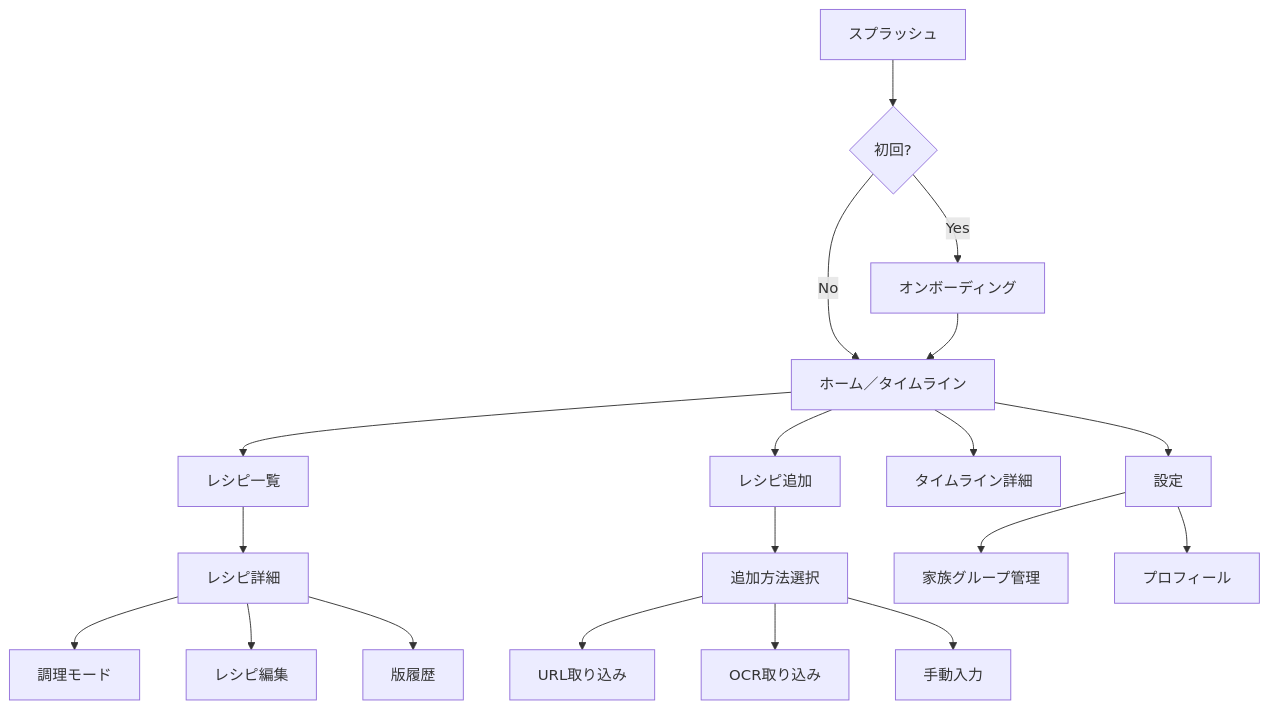
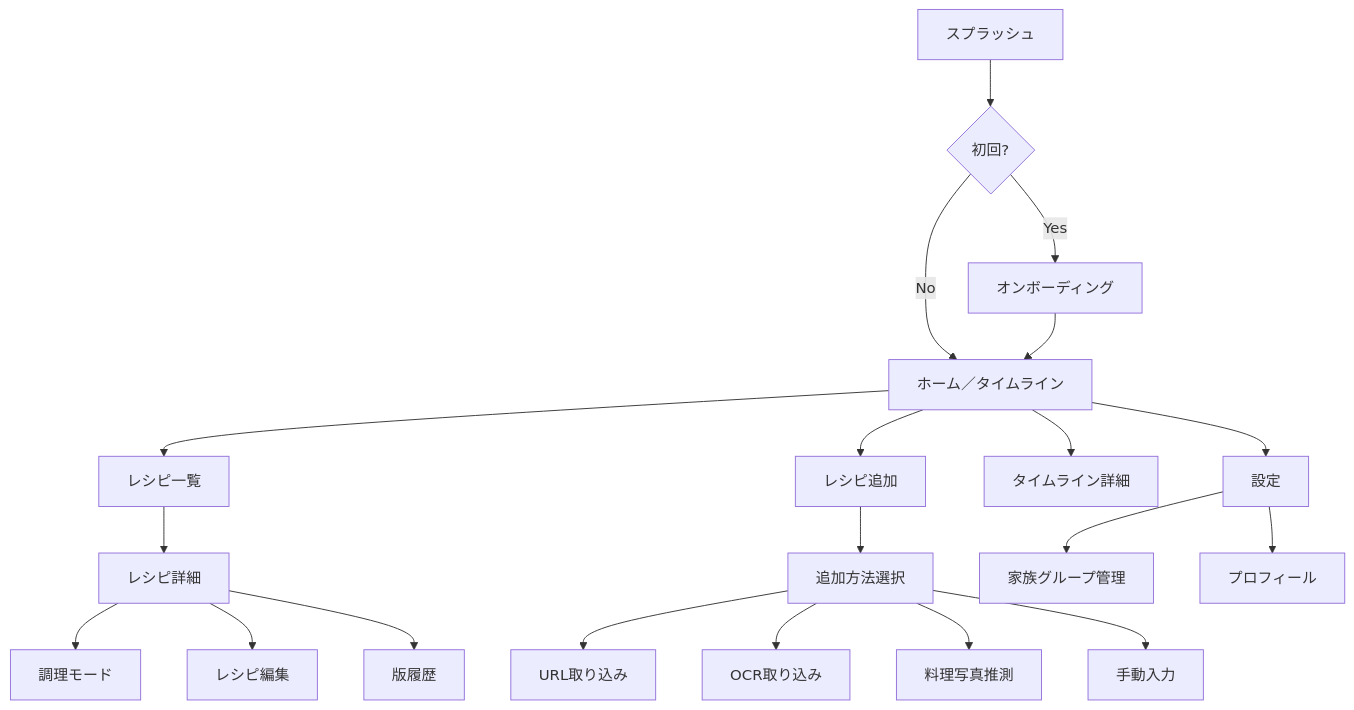
Before and after one commit to keisato848/daidoko: the diagram in docs/画面設計.md, drawn with Mermaid. The commit also changed other lines of this file and 24 other files, not shown here.

````diff
--- a/docs/画面設計.md
+++ b/docs/画面設計.md
@@ -44,25 +44,26 @@
 ```mermaid
 graph TD
     A[スプラッシュ] --> B{初回?}
     B -->|Yes| C[オンボーディング]
     B -->|No| D[ホーム／タイムライン]
     C --> D
 
     D --> E[レシピ一覧]
     D --> F[レシピ追加]
     D --> G[タイムライン詳細]
     D --> H[設定]
 
     E --> I[レシピ詳細]
     I --> J[調理モード]
     I --> K[レシピ編集]
     I --> L[版履歴]
 
     F --> M[追加方法選択]
     M --> N[URL取り込み]
-    M --> O[OCR取り込み]
-    M --> P[手動入力]
+   M --> O[OCR取り込み]
+   M --> P[料理写真推測]
+   M --> T[手動入力]
 
     H --> Q[家族グループ管理]
     H --> R[プロフィール]
 ```
````
